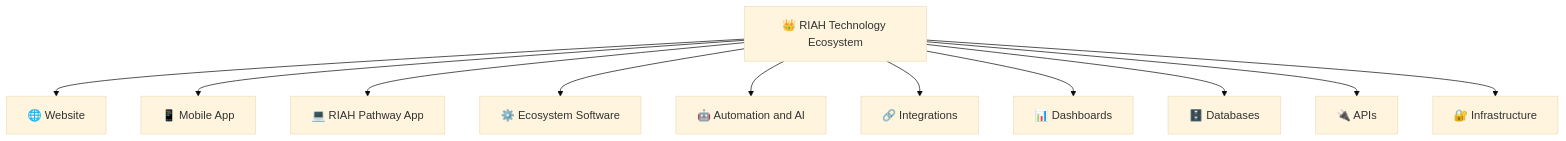
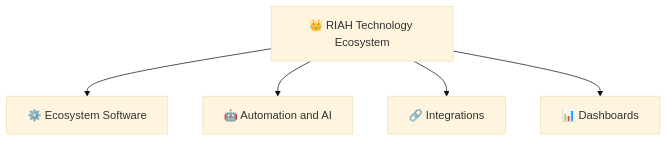
Before and after one commit to RIAHPathway/Website: diagram 12 of 16 in README.md, drawn with Mermaid (base theme). The commit also changed other lines of this file, not shown here.

Commit message:
Split main README Mermaid diagrams for readability

````diff
--- a/README.md
+++ b/README.md
@@ -287,15 +336,9 @@
 ```mermaid
 flowchart TD
     A[👑 RIAH Technology Ecosystem]
 
-    A --> B[🌐 Website]
-    A --> C[📱 Mobile App]
-    A --> D[💻 RIAH Pathway App]
     A --> E[⚙️ Ecosystem Software]
     A --> F[🤖 Automation and AI]
     A --> G[🔗 Integrations]
     A --> H[📊 Dashboards]
-    A --> I[🗄️ Databases]
-    A --> J[🔌 APIs]
-    A --> K[🔐 Infrastructure]
 ```
````
